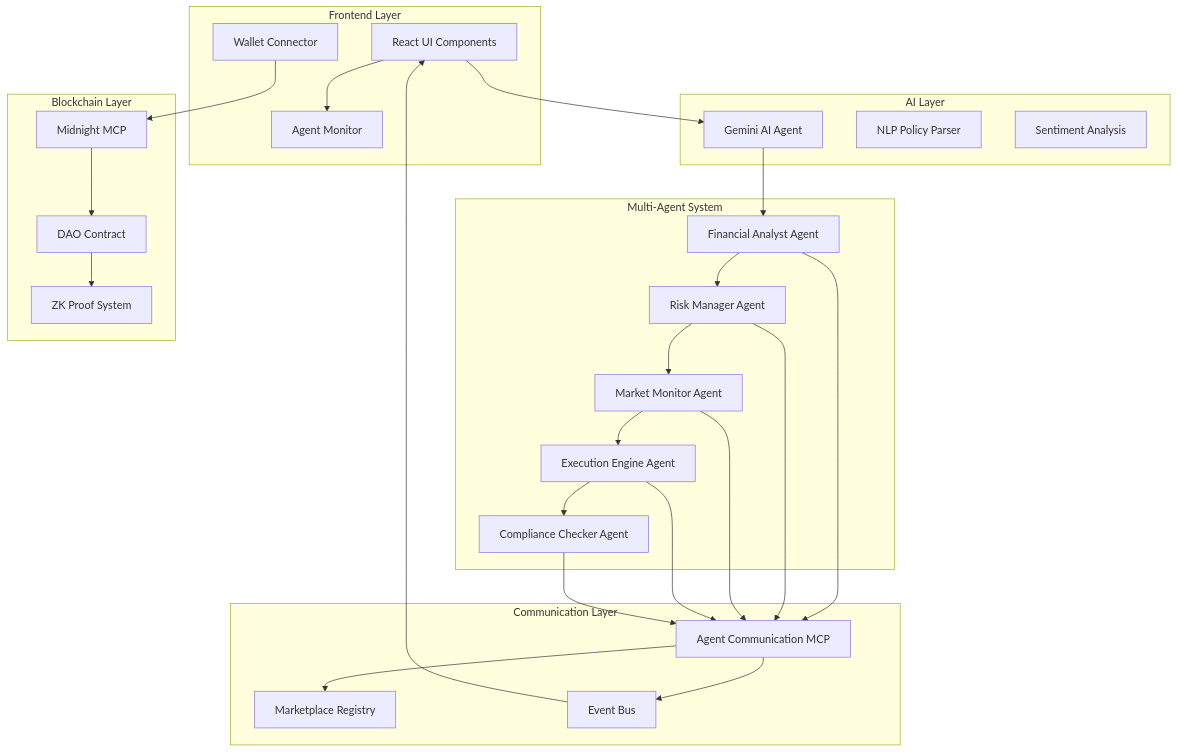
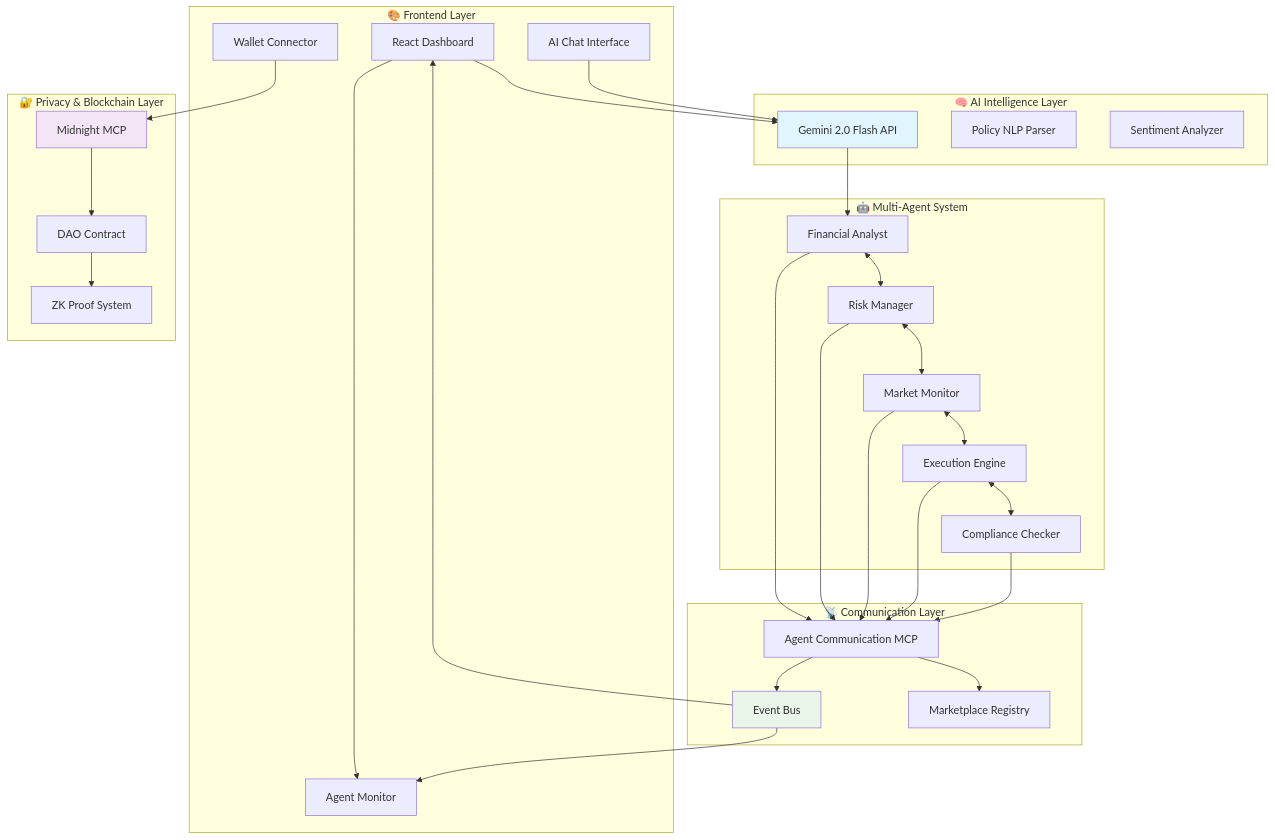
One commit to Prasannaverse13/AegisDAO-AIAgent changed the first of 15 diagrams in README.md. Above: the diagram before and after it, drawn with Mermaid. The commit also changed other lines of this file, not shown here.

````diff
--- a/README.md
+++ b/README.md
@@ -67,58 +167,65 @@
 ```mermaid
 graph TB
-    subgraph "Frontend Layer"
-        UI[React UI Components]
+    subgraph "🎨 Frontend Layer"
+        UI[React Dashboard]
         WC[Wallet Connector]
         AM[Agent Monitor]
+        AC[AI Chat Interface]
     end
     
-    subgraph "AI Layer"
-        GA[Gemini AI Agent]
-        NLP[NLP Policy Parser]
-        SA[Sentiment Analysis]
+    subgraph "🧠 AI Intelligence Layer"
+        GA[Gemini 2.0 Flash API]
+        NLP[Policy NLP Parser]
+        SA[Sentiment Analyzer]
     end
     
-    subgraph "Multi-Agent System"
-        FA[Financial Analyst Agent]
-        RM[Risk Manager Agent]
-        MM[Market Monitor Agent]
-        EE[Execution Engine Agent]
-        CC[Compliance Checker Agent]
+    subgraph "🤖 Multi-Agent System"
+        FA[Financial Analyst]
+        RM[Risk Manager]
+        MM[Market Monitor]
+        EE[Execution Engine]
+        CC[Compliance Checker]
     end
     
-    subgraph "Communication Layer"
-        AC[Agent Communication MCP]
+    subgraph "📡 Communication Layer"
+        EB[Event Bus]
+        AC_MCP[Agent Communication MCP]
         MR[Marketplace Registry]
-        EB[Event Bus]
     end
     
-    subgraph "Blockchain Layer"
+    subgraph "🔐 Privacy & Blockchain Layer"
         MC[Midnight MCP]
         DC[DAO Contract]
         ZK[ZK Proof System]
     end
     
     UI --> GA
     UI --> AM
     WC --> MC
+    AC --> GA
     
     GA --> FA
-    FA --> RM
-    RM --> MM
-    MM --> EE
-    EE --> CC
+    FA <--> RM
+    RM <--> MM
+    MM <--> EE
+    EE <--> CC
     
-    FA --> AC
-    RM --> AC
-    MM --> AC
-    EE --> AC
-    CC --> AC
+    FA --> AC_MCP
+    RM --> AC_MCP
+    MM --> AC_MCP
+    EE --> AC_MCP
+    CC --> AC_MCP
     
-    AC --> MR
-    AC --> EB
+    AC_MCP --> EB
+    AC_MCP --> MR
     
     MC --> DC
     DC --> ZK
     
     EB --> UI
+    EB --> AM
+    
+    style GA fill:#e1f5fe
+    style MC fill:#f3e5f5
+    style EB fill:#e8f5e8
 ```
````
